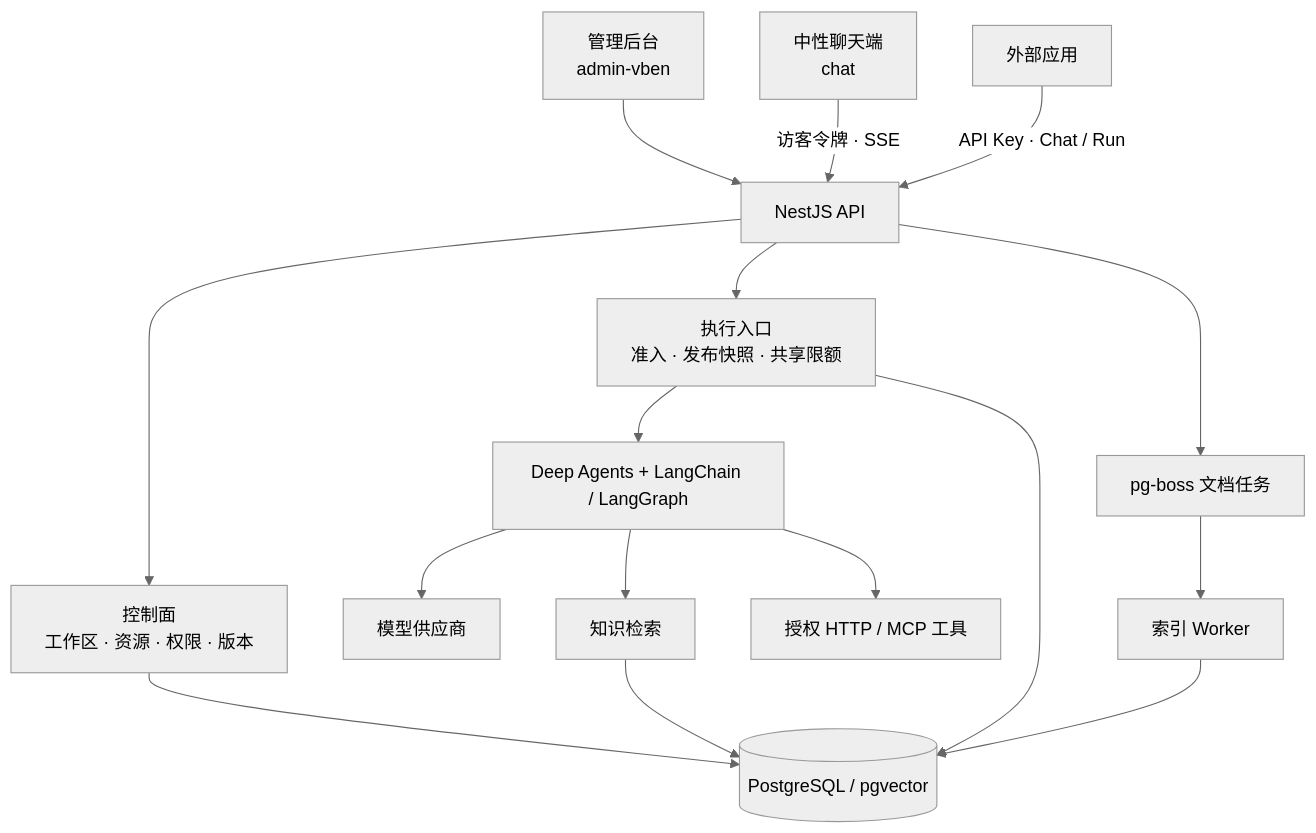
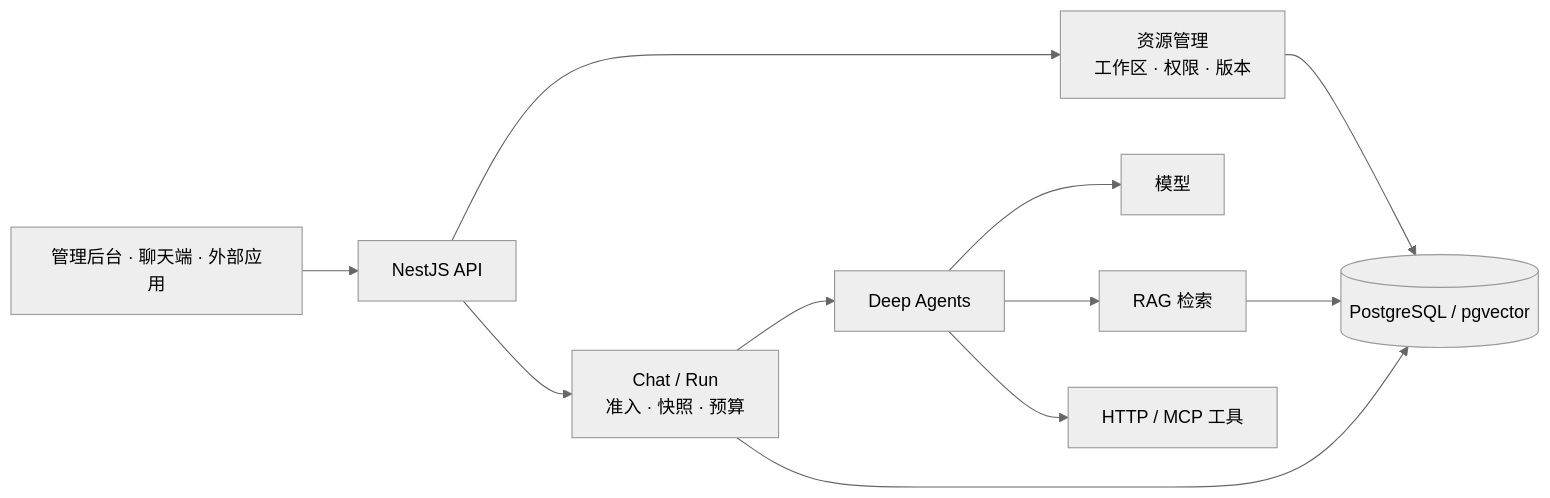
Before and after one commit to chaobin0701/agent-studio: the diagram in README.md, drawn with Mermaid (neutral theme). The commit also changed other lines of this file, not shown here.

````diff
--- a/README.md
+++ b/README.md
@@ -26,20 +37,13 @@
 ```mermaid
-flowchart TB
-    ADMIN["管理后台<br/>admin-vben"] --> API["NestJS API"]
-    CHAT["中性聊天端<br/>chat"] -->|"访客令牌 · SSE"| API
-    APP["外部应用"] -->|"API Key · Chat / Run"| API
-
-    API --> CONTROL["控制面<br/>工作区 · 资源 · 权限 · 版本"]
-    API --> ENTRY["执行入口<br/>准入 · 发布快照 · 共享限额"]
-    ENTRY --> ENGINE["Deep Agents + LangChain / LangGraph"]
-    ENGINE --> MODEL["模型供应商"]
-    ENGINE --> SEARCH["知识检索"]
-    ENGINE --> TOOLS["授权 HTTP / MCP 工具"]
-
+flowchart LR
+    CLIENT["管理后台 · 聊天端 · 外部应用"] --> API["NestJS API"]
+    API --> CONTROL["资源管理<br/>工作区 · 权限 · 版本"]
+    API --> RUN["Chat / Run<br/>准入 · 快照 · 预算"]
+    RUN --> AGENT["Deep Agents"]
+    AGENT --> MODEL["模型"]
+    AGENT --> RAG["RAG 检索"]
+    AGENT --> TOOL["HTTP / MCP 工具"]
     CONTROL --> DB[(PostgreSQL / pgvector)]
-    ENTRY --> DB
-    SEARCH --> DB
-    API --> QUEUE["pg-boss 文档任务"]
-    QUEUE --> WORKER["索引 Worker"]
-    WORKER --> DB
+    RUN --> DB
+    RAG --> DB
 ```
````
